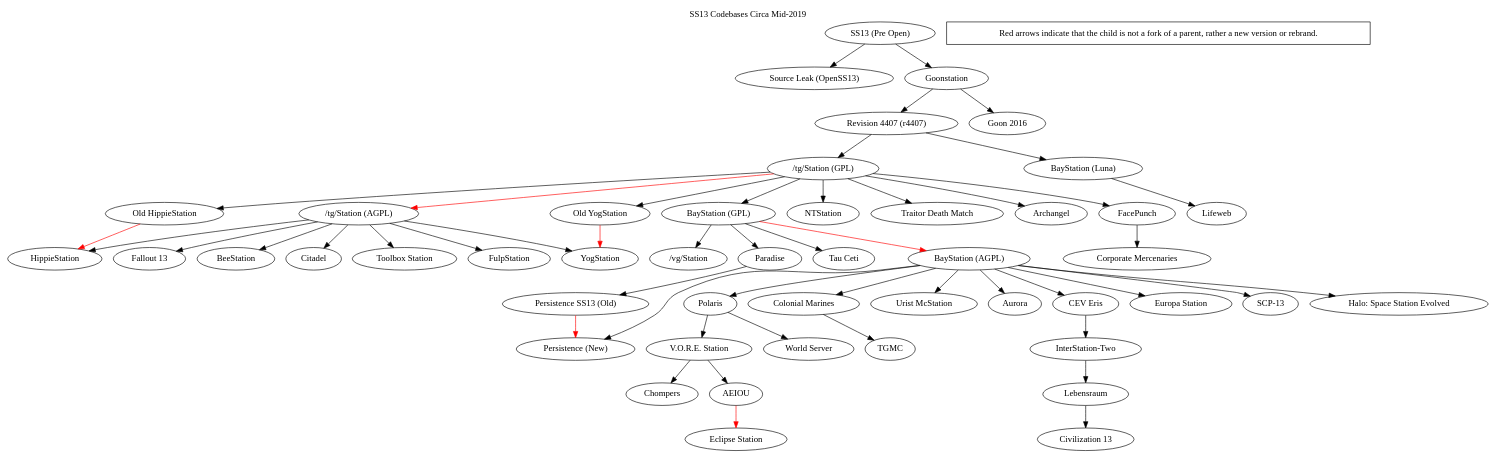
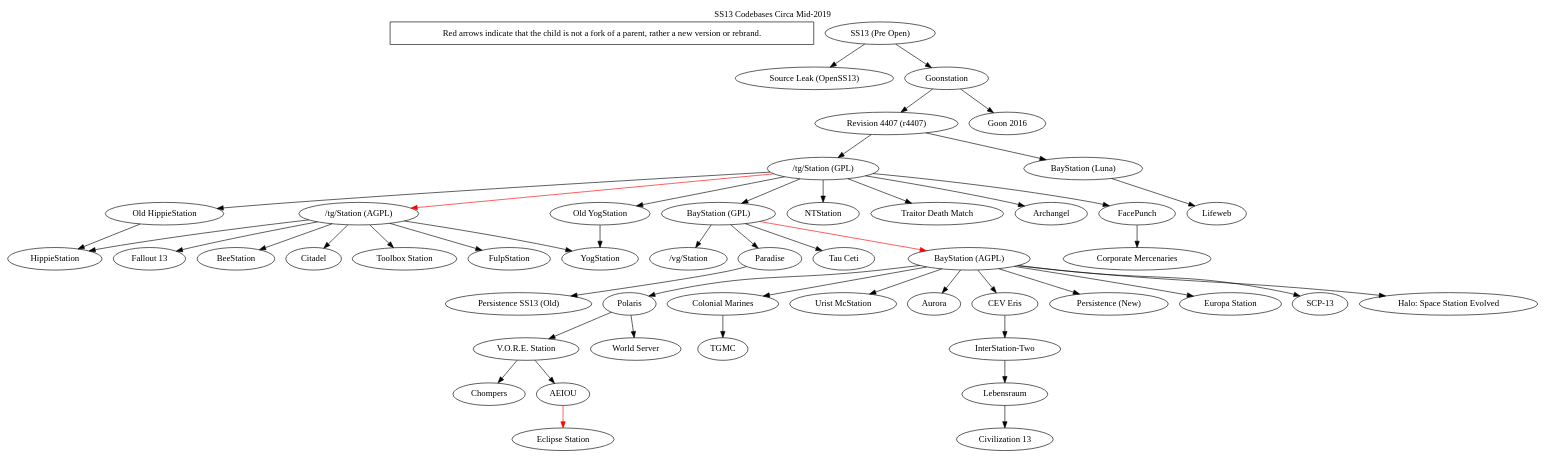
The diagram in tree.dot (spacestation13/SS13-Codebases), drawn with Graphviz before and after one commit. The commit also changed 1 other file, not shown here.

```diff
--- a/tree.dot
+++ b/tree.dot
@@ -1,55 +1,56 @@
 digraph  G {
 	label = "SS13 Codebases Circa Mid-2019"
 	labelloc="t"
+
+	// info boxes
+	"Red arrows indicate that the child is not a fork of a parent, rather a new version or rebrand." [shape=rectangle]
+	
 	"SS13 (Pre Open)" -> "Source Leak (OpenSS13)"
 	"SS13 (Pre Open)" -> "Goonstation"
 	"Goonstation" -> "Revision 4407 (r4407)"
 	"Goonstation" -> "Goon 2016"
 	"Revision 4407 (r4407)" -> "/tg/Station (GPL)"
 	"Revision 4407 (r4407)" -> "BayStation (Luna)"
 	"BayStation (Luna)" -> "Lifeweb" 
 	"/tg/Station (GPL)" -> "/tg/Station (AGPL)" [color=red]
 	"/tg/Station (GPL)" -> "BayStation (GPL)" 
 	"/tg/Station (GPL)" -> "Old HippieStation"
 	"/tg/Station (GPL)" -> "Old YogStation"
 	"/tg/Station (GPL)" -> "NTStation"
 	"/tg/Station (GPL)" -> "Traitor Death Match"
 	"/tg/Station (GPL)" -> "Archangel"
 	"/tg/Station (GPL)" -> "FacePunch"
 	"FacePunch" -> "Corporate Mercenaries"
-	"Old YogStation" -> "YogStation" [color=red]
-	"Old HippieStation" -> "HippieStation" [color=red]
+	"Old YogStation" -> "YogStation"
+	"Old HippieStation" -> "HippieStation"
+	"BayStation (GPL)" -> "/vg/Station"
+	"BayStation (GPL)" -> "Paradise"
+	"BayStation (GPL)" -> "Tau Ceti"
+	"BayStation (GPL)" -> "BayStation (AGPL)"  [color=red]
+	"Paradise" -> "Persistence SS13 (Old)"
 	"/tg/Station (AGPL)" -> "YogStation"
 	"/tg/Station (AGPL)" -> "Fallout 13"
 	"/tg/Station (AGPL)" -> "BeeStation"
 	"/tg/Station (AGPL)" -> "HippieStation"
 	"/tg/Station (AGPL)" -> "Citadel"
 	"/tg/Station (AGPL)" -> "Toolbox Station"
 	"/tg/Station (AGPL)" -> "FulpStation"
-	"BayStation (GPL)" -> "/vg/Station"
-	"BayStation (GPL)" -> "Paradise"
-	"BayStation (GPL)" -> "Tau Ceti"
-	"BayStation (GPL)" -> "BayStation (AGPL)"  [color=red]
-	"Paradise" -> "Persistence SS13 (Old)"
-	"Persistence SS13 (Old)" -> "Persistence (New)" [color=red]
 	"BayStation (AGPL)" -> "Polaris"
 	"BayStation (AGPL)" -> "Colonial Marines"
 	"BayStation (AGPL)" -> "Urist McStation"
 	"BayStation (AGPL)" -> "Aurora"
 	"BayStation (AGPL)" -> "CEV Eris"
 	"BayStation (AGPL)" -> "Persistence (New)"
 	"BayStation (AGPL)" -> "Europa Station"
 	"BayStation (AGPL)" -> "SCP-13"
 	"BayStation (AGPL)" -> "Halo: Space Station Evolved"
+	"Colonial Marines" -> "TGMC"
 	"CEV Eris" -> "InterStation-Two"
 	"InterStation-Two" -> "Lebensraum"
 	"Lebensraum" -> "Civilization 13"
-	"Colonial Marines" -> "TGMC"
 	"Polaris" -> "V.O.R.E. Station"
-	"Polaris" -> "World Server"
 	"V.O.R.E. Station" -> "Chompers"
 	"V.O.R.E. Station" -> "AEIOU"
+	"Polaris" -> "World Server"
 	"AEIOU" -> "Eclipse Station" [color=red]
-
-	"Red arrows indicate that the child is not a fork of a parent, rather a new version or rebrand." [shape=rectangle]
 }
```
